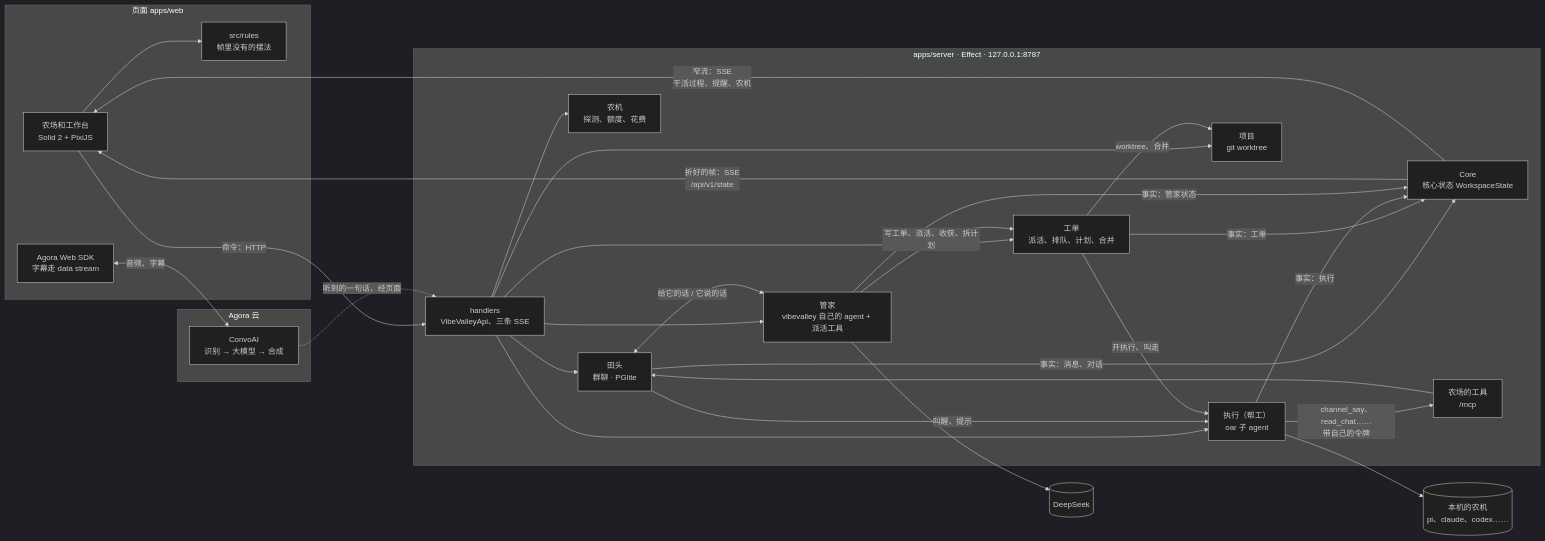
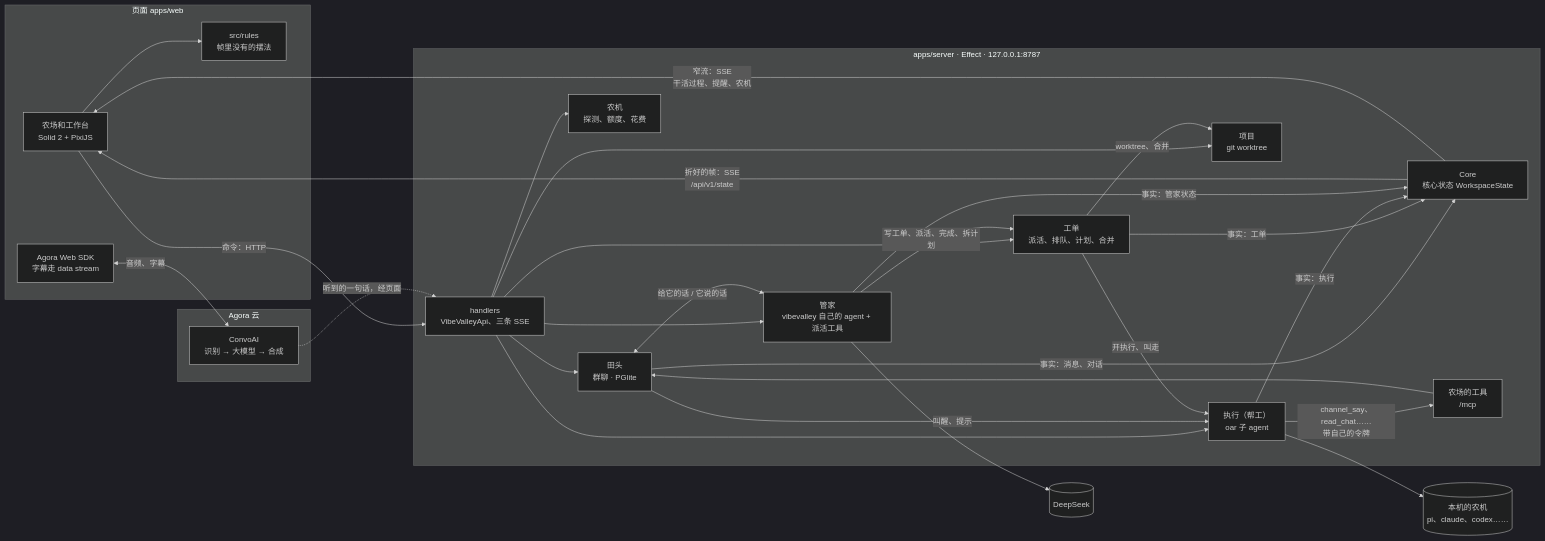
One commit to vibevalleyhq/vibevalley changed the diagram in docs/architecture.md. Above: the diagram before and after it, drawn with Mermaid (dark theme). The commit also changed other lines of this file and 111 other files, not shown here.

````diff
--- a/docs/architecture.md
+++ b/docs/architecture.md
@@ -5,48 +5,48 @@
 ```mermaid
 flowchart LR
   subgraph Page[页面 apps/web]
     UI[农场和工作台<br/>Solid 2 + PixiJS]
     RULES[src/rules<br/>帧里没有的摆法]
     RTC[Agora Web SDK<br/>字幕走 data stream]
   end
 
   subgraph Server[apps/server · Effect · 127.0.0.1:8787]
     API[handlers<br/>VibeValleyApi、三条 SSE]
     SITE[Core<br/>核心状态 WorkspaceState]
     FM[管家<br/>vibevalley 自己的 agent + 派活工具]
     CHAT[田头<br/>群聊 · PGlite]
     MCP[农场的工具<br/>/mcp]
     TK[工单<br/>派活、排队、计划、合并]
     CREW[执行（帮工）<br/>oar 子 agent]
     PRJ[项目<br/>git worktree]
     RT[农机<br/>探测、额度、花费]
   end
 
   subgraph Agora[Agora 云]
     CAI[ConvoAI<br/>识别 → 大模型 → 合成]
   end
 
   AGENTS[(本机的农机<br/>pi、claude、codex……)]
   DS[(DeepSeek)]
 
   UI --> RULES
   UI -->|命令：HTTP| API
   SITE -->|折好的帧：SSE<br/>/api/v1/state| UI
   SITE -->|窄流：SSE<br/>干活过程、提醒、农机| UI
   API --> CHAT & FM & TK & CREW & PRJ & RT
   CHAT <-->|给它的话 / 它说的话| FM
   CHAT -->|叫醒、提示| CREW
   CREW -->|channel_say、read_chat……<br/>带自己的令牌| MCP
   MCP --> CHAT
-  FM -->|写工单、派活、收获、拆计划| TK
+  FM -->|写工单、派活、完成、拆计划| TK
   TK -->|开执行、叫走| CREW
   TK -->|worktree、合并| PRJ
   CREW --> AGENTS
   FM --> DS
   CHAT -->|事实：消息、对话| SITE
   TK -->|事实：工单| SITE
   CREW -->|事实：执行| SITE
   FM -->|事实：管家状态| SITE
   RTC <-->|音频、字幕| CAI
   CAI -.->|听到的一句话，经页面| API
 ```
````
